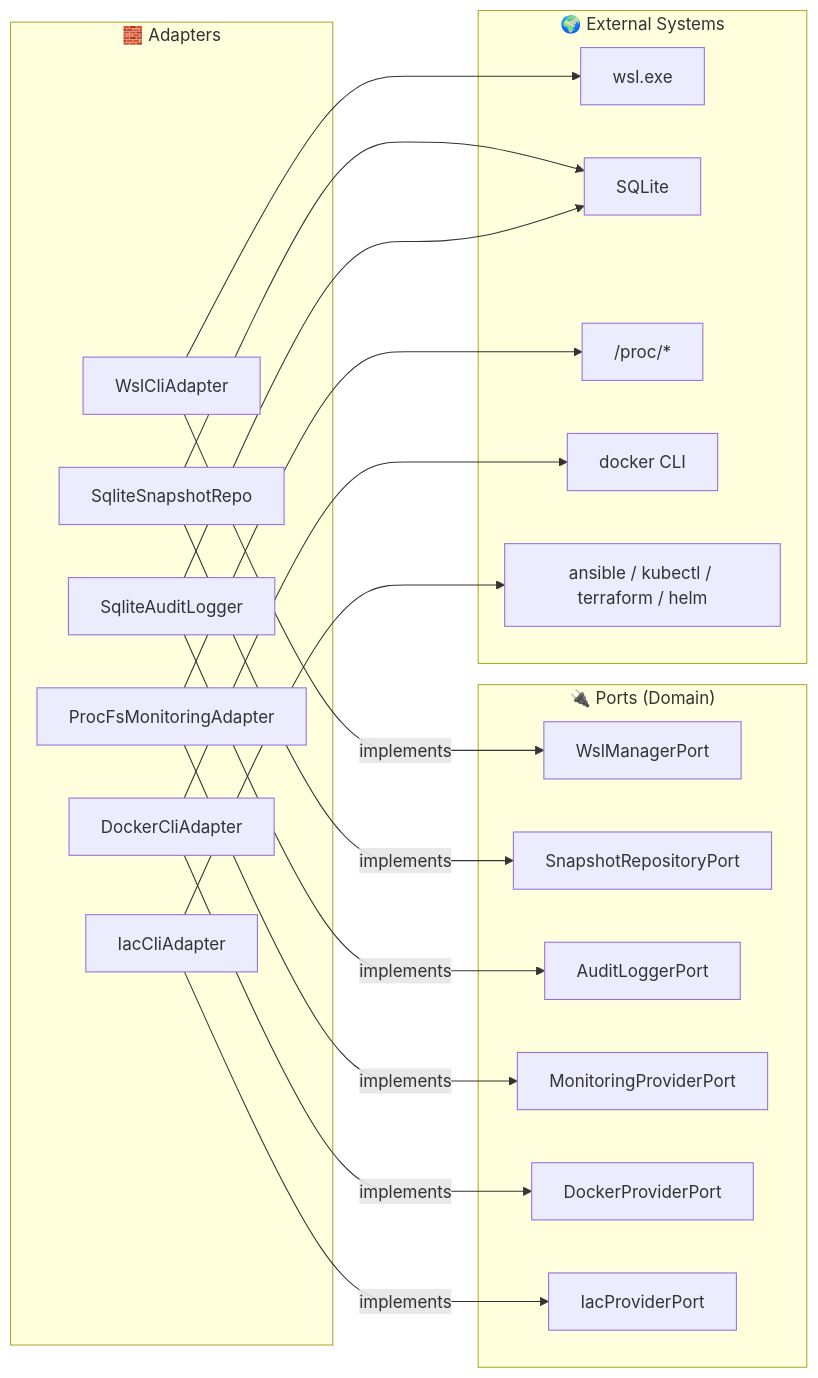
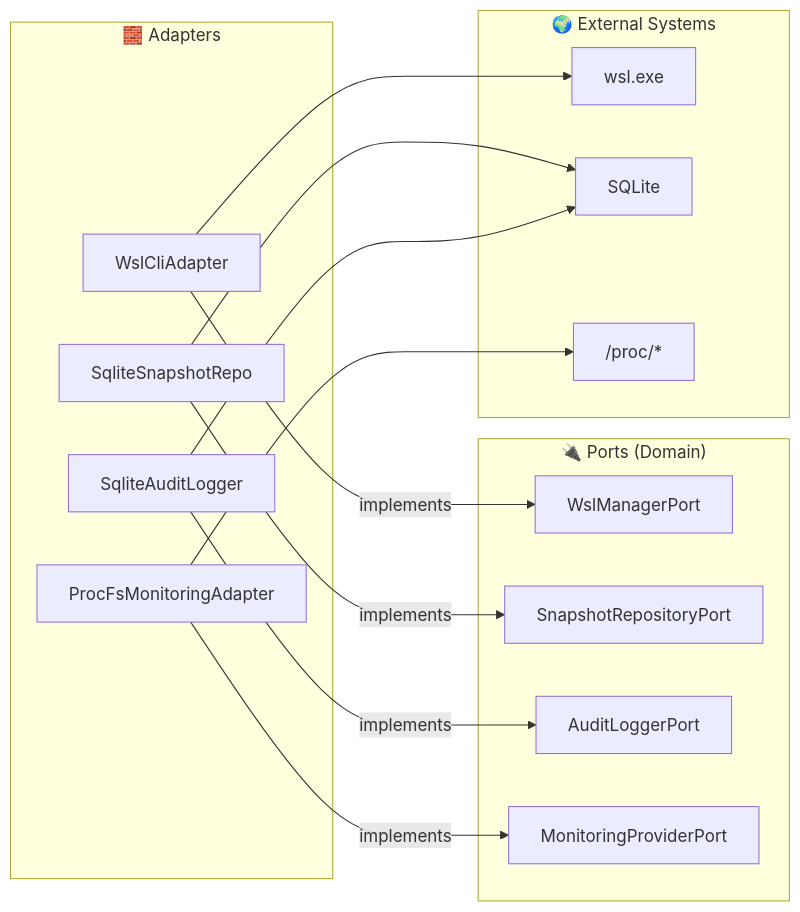
One commit to muchiny/wsl-dashboard changed the diagram in src-tauri/src/infrastructure/README.md. Above: the diagram before and after it, drawn with Mermaid. The commit also changed other lines of this file and 10 other files, not shown here.

First line of the commit message:
docs: update all 11 READMEs to reflect current architecture

````diff
--- a/src-tauri/src/infrastructure/README.md
+++ b/src-tauri/src/infrastructure/README.md
@@ -11,42 +11,32 @@
 ```mermaid
 graph LR
     subgraph Adapters["🧱 Adapters"]
         WCA["WslCliAdapter"]
         SSR["SqliteSnapshotRepo"]
         SAL["SqliteAuditLogger"]
         PFA["ProcFsMonitoringAdapter"]
-        DCA["DockerCliAdapter"]
-        ICA["IacCliAdapter"]
     end
 
     subgraph Ports["🔌 Ports (Domain)"]
         WMP["WslManagerPort"]
         SRP["SnapshotRepositoryPort"]
         ALP["AuditLoggerPort"]
         MPP["MonitoringProviderPort"]
-        DPP["DockerProviderPort"]
-        IPP["IacProviderPort"]
     end
 
     subgraph External["🌍 External Systems"]
         wsl["wsl.exe"]
         db["SQLite"]
         proc["/proc/*"]
-        docker["docker CLI"]
-        tools["ansible / kubectl / terraform / helm"]
     end
 
     WCA -->|implements| WMP
     SSR -->|implements| SRP
     SAL -->|implements| ALP
     PFA -->|implements| MPP
-    DCA -->|implements| DPP
-    ICA -->|implements| IPP
 
     WCA --> wsl
     SSR --> db
     SAL --> db
     PFA --> proc
-    DCA --> docker
-    ICA --> tools
 ```
````
